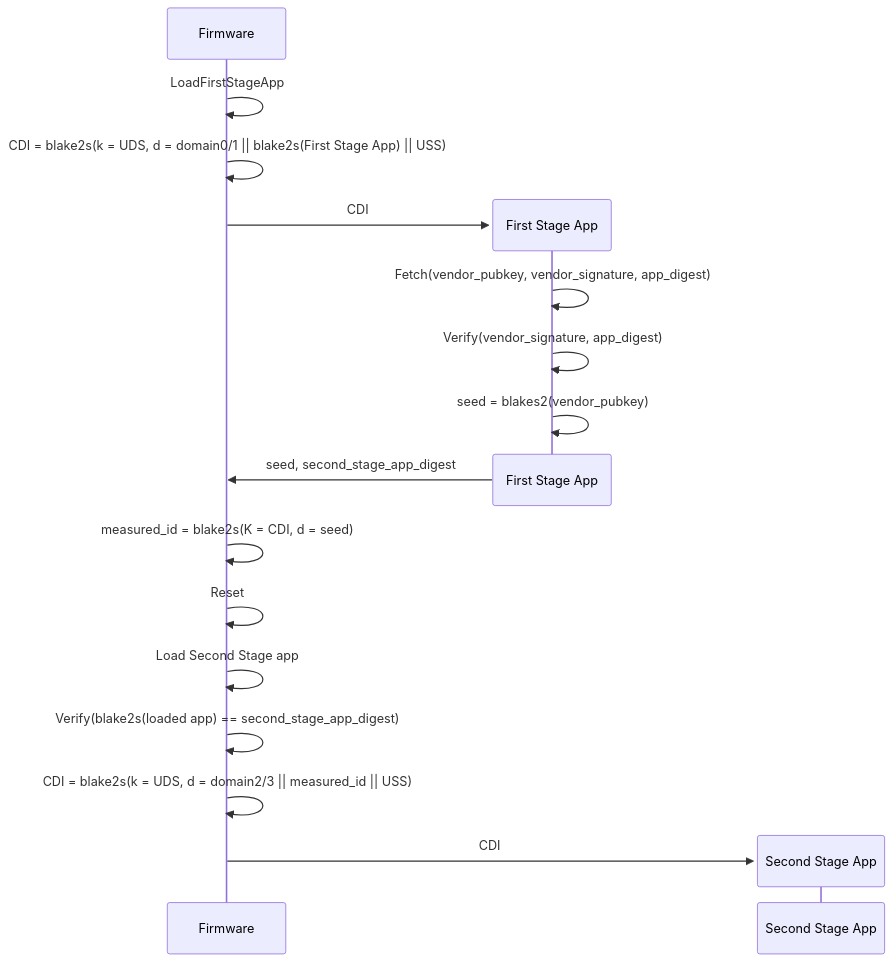
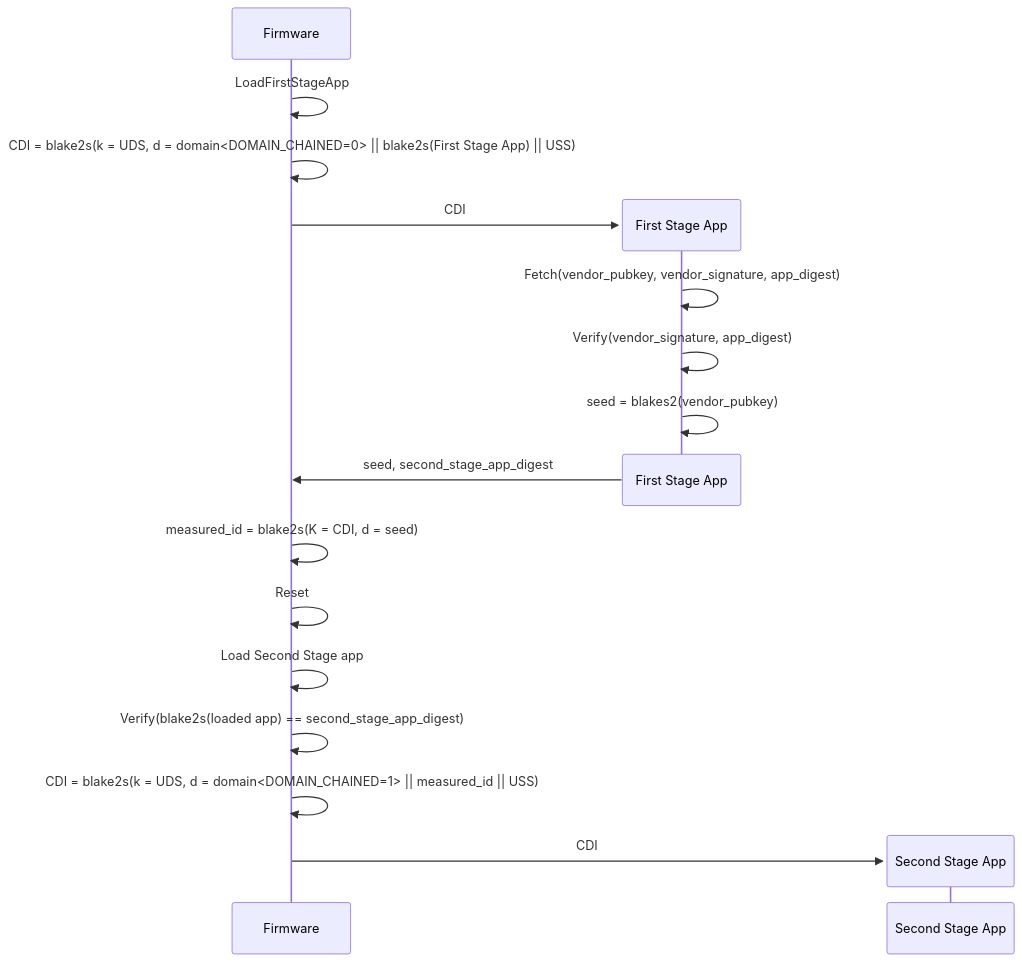
One commit to tillitis/tkey-boot-verifier changed the first of 3 diagrams in doc/design.md. Above: the diagram before and after it, drawn with Mermaid. The commit also changed other lines of this file, not shown here.

Commit message:
doc: Mention DOMAIN_RESET_TYPE domain-byte bitfield in design doc

````diff
--- a/doc/design.md
+++ b/doc/design.md
@@ -157,19 +163,19 @@
 ```mermaid
 sequenceDiagram
     Firmware->>Firmware: LoadFirstStageApp
-    Firmware->>Firmware: CDI = blake2s(k = UDS, d = domain0/1 || blake2s(First Stage App) || USS)
+    Firmware->>Firmware: CDI = blake2s(k = UDS, d = domain<DOMAIN_CHAINED=0> || blake2s(First Stage App) || USS)
     create participant First Stage App
     Firmware->>First Stage App: CDI
     First Stage App->>First Stage App: Fetch(vendor_pubkey, vendor_signature, app_digest)
     First Stage App->>First Stage App: Verify(vendor_signature, app_digest)
     First Stage App->>First Stage App: seed = blakes2(vendor_pubkey)
     destroy First Stage App
     First Stage App->>Firmware: seed, second_stage_app_digest
     Firmware->>Firmware: measured_id = blake2s(K = CDI, d = seed)
     Firmware->>Firmware: Reset
     Firmware->>Firmware: Load Second Stage app
     Firmware->>Firmware: Verify(blake2s(loaded app) == second_stage_app_digest)
-    Firmware->>Firmware: CDI = blake2s(k = UDS, d = domain2/3 || measured_id || USS)
+    Firmware->>Firmware: CDI = blake2s(k = UDS, d = domain<DOMAIN_CHAINED=1> || measured_id || USS)
     create participant Second Stage App
     Firmware->>Second Stage App: CDI
 ```
````
